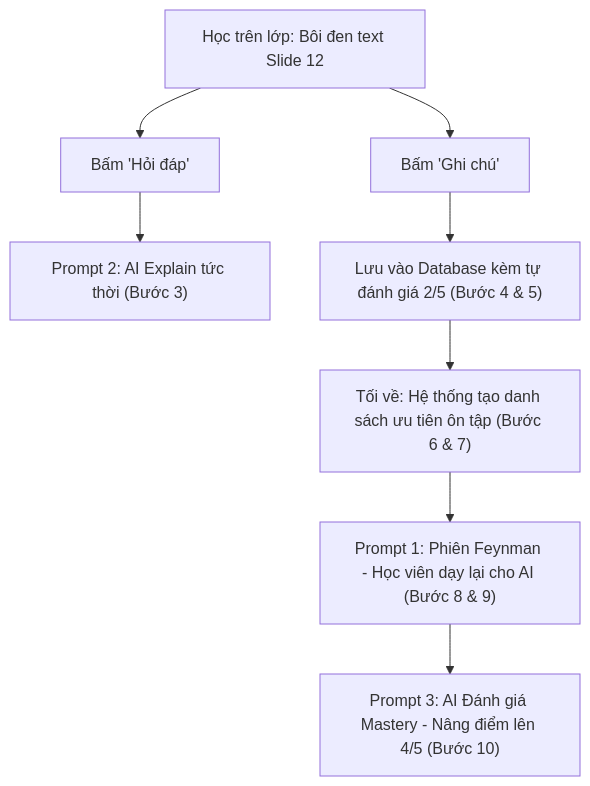
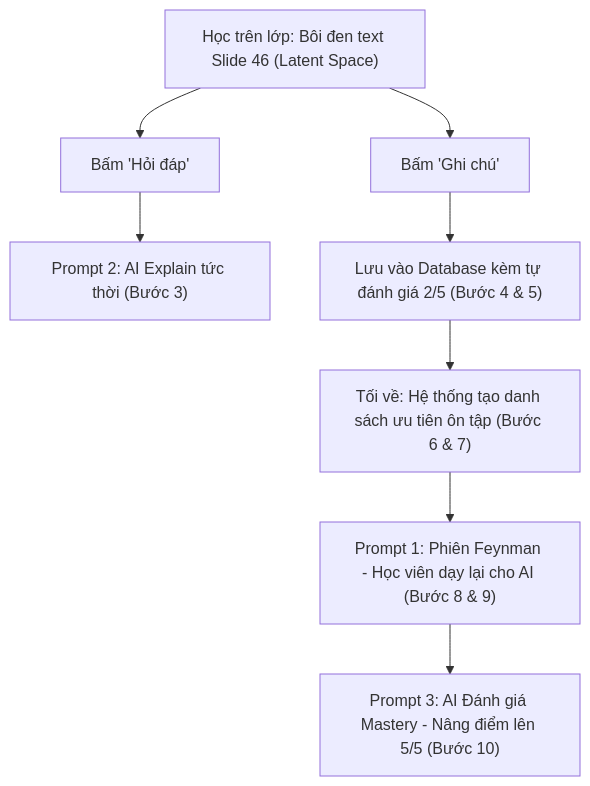
The diagram in prompts/README.md (nguoibian863-ai/K4-3A-E402-TuDaiThienVuong), drawn with Mermaid before and after one commit. The commit also changed other lines of this file and 9 other files, not shown here.

Commit message:
feat: cap nhat system prompt buoi 3, 25/25 test cases pass, xoa slide d2 va mount web UI

````diff
--- a/prompts/README.md
+++ b/prompts/README.md
@@ -32,10 +33,10 @@
 ```mermaid
 graph TD
-    A["Học trên lớp: Bôi đen text Slide 12"] --> B["Bấm 'Hỏi đáp'"]
+    A["Học trên lớp: Bôi đen text Slide 46 (Latent Space)"] --> B["Bấm 'Hỏi đáp'"]
     B --> C["Prompt 2: AI Explain tức thời (Bước 3)"]
     A --> D["Bấm 'Ghi chú'"]
     D --> E["Lưu vào Database kèm tự đánh giá 2/5 (Bước 4 & 5)"]
     E --> F["Tối về: Hệ thống tạo danh sách ưu tiên ôn tập (Bước 6 & 7)"]
     F --> G["Prompt 1: Phiên Feynman - Học viên dạy lại cho AI (Bước 8 & 9)"]
-    G --> H["Prompt 3: AI Đánh giá Mastery - Nâng điểm lên 4/5 (Bước 10)"]
+    G --> H["Prompt 3: AI Đánh giá Mastery - Nâng điểm lên 5/5 (Bước 10)"]
 ```
````
